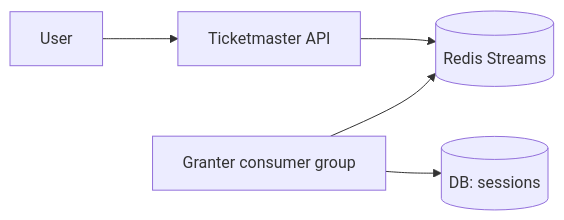
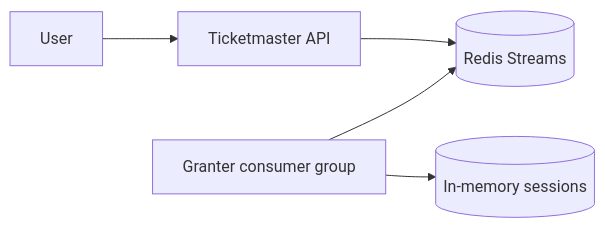
One commit to ShalomDeitch1/examples changed the first of 2 diagrams in ticketmaster/tech-waiting-room/redis-streams/README.md. Above: the diagram before and after it, drawn with Mermaid. The commit also changed other lines of this file and 81 other files, not shown here.

````diff
--- a/ticketmaster/tech-waiting-room/redis-streams/README.md
+++ b/ticketmaster/tech-waiting-room/redis-streams/README.md
@@ -22,7 +22,7 @@
 ```mermaid
 flowchart LR
   U[User] --> TM[Ticketmaster API]
   TM --> R[(Redis Streams)]
   G[Granter consumer group] --> R
-  G --> DB[(DB: sessions)]
+  G --> S[(In-memory sessions)]
 ```
````
